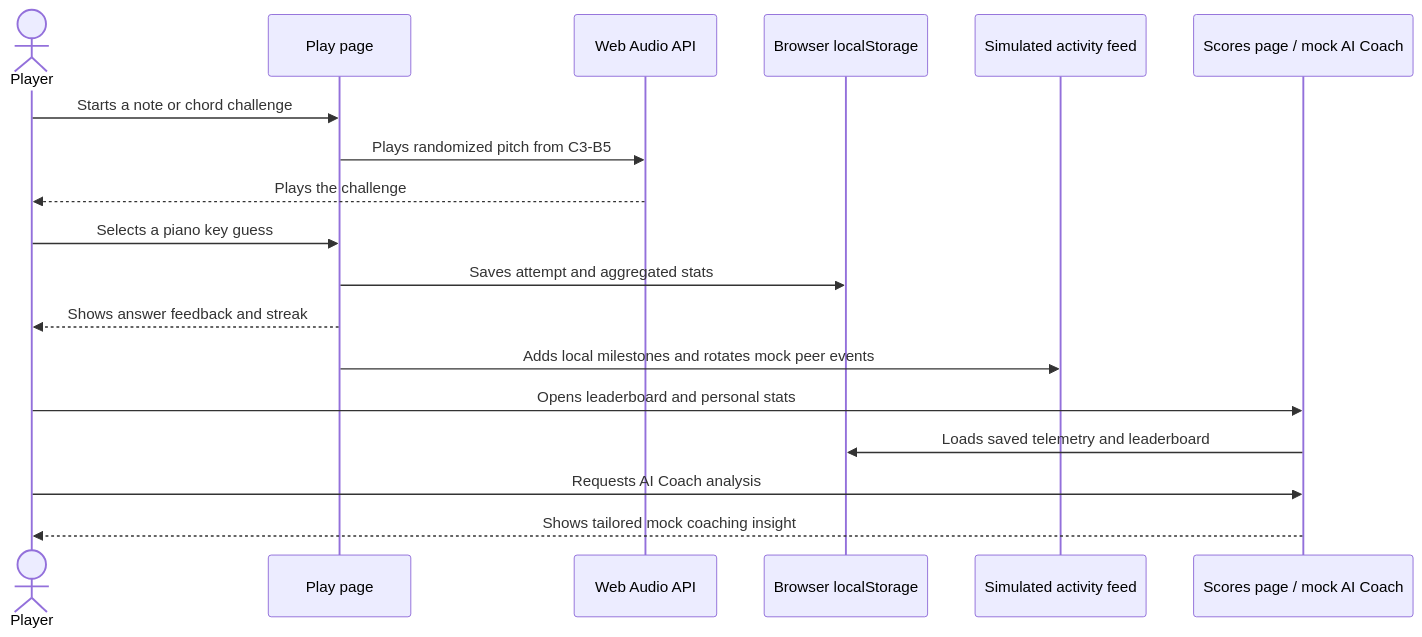
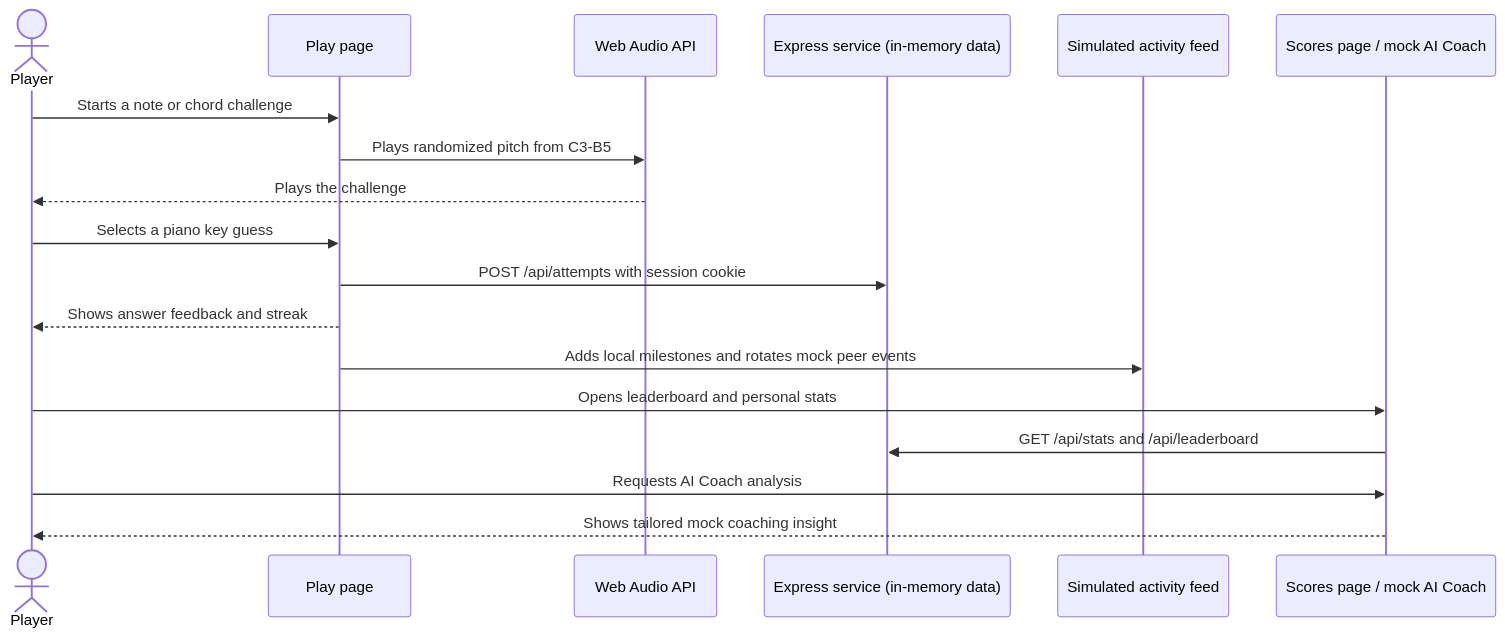
One commit to cclingwall/FALL2026STARTUP changed the diagram in README.md. Above: the diagram before and after it, drawn with Mermaid. The commit also changed other lines of this file and 5 other files, not shown here.

````diff
--- a/README.md
+++ b/README.md
@@ -27,21 +50,21 @@
 ```mermaid
 sequenceDiagram
     actor Player
     participant Play as Play page
     participant Audio as Web Audio API
-    participant Storage as Browser localStorage
+    participant Storage as Express service (in-memory data)
     participant Feed as Simulated activity feed
     participant Scores as Scores page / mock AI Coach
 
     Player->>Play: Starts a note or chord challenge
     Play->>Audio: Plays randomized pitch from C3-B5
     Audio-->>Player: Plays the challenge
     Player->>Play: Selects a piano key guess
-    Play->>Storage: Saves attempt and aggregated stats
+    Play->>Storage: POST /api/attempts with session cookie
     Play-->>Player: Shows answer feedback and streak
     Play->>Feed: Adds local milestones and rotates mock peer events
     Player->>Scores: Opens leaderboard and personal stats
-    Scores->>Storage: Loads saved telemetry and leaderboard
+    Scores->>Storage: GET /api/stats and /api/leaderboard
     Player->>Scores: Requests AI Coach analysis
     Scores-->>Player: Shows tailored mock coaching insight
 ```
````
